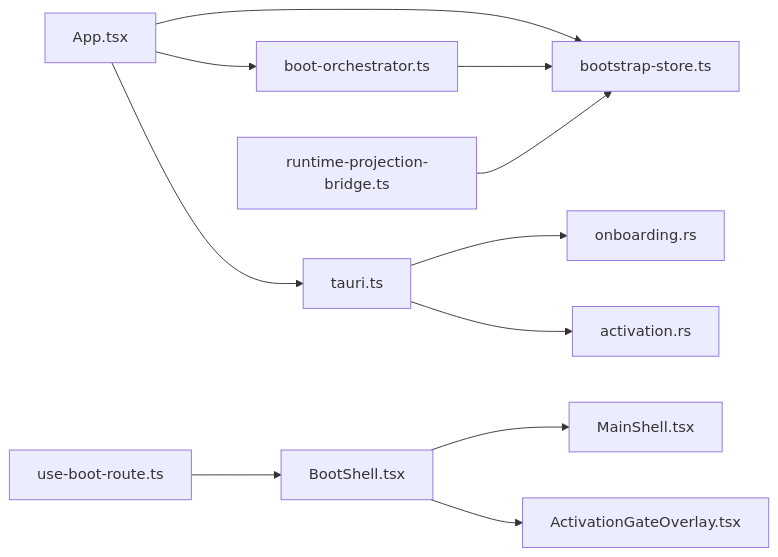
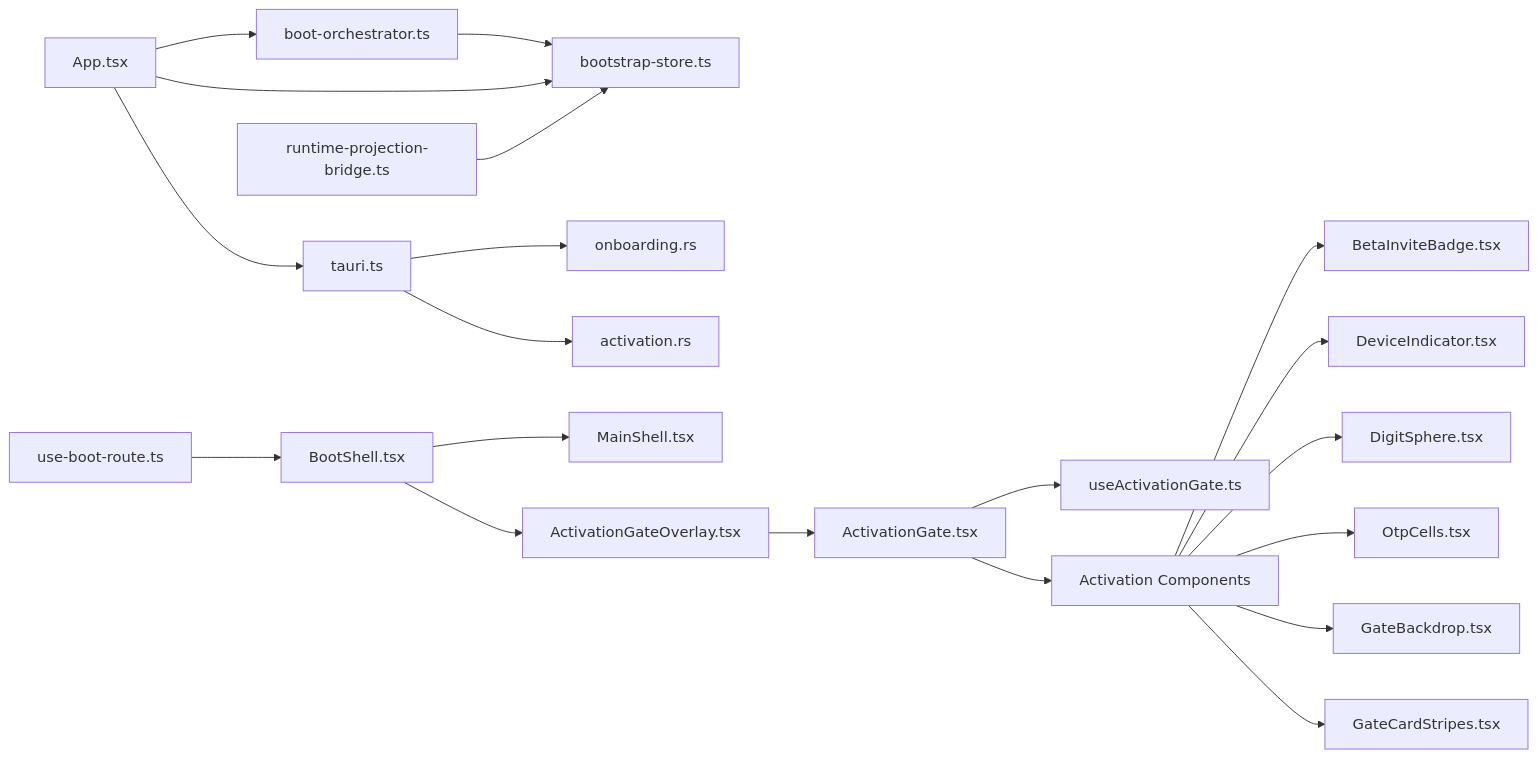
One commit to novolei/if2Ai changed the tenth of 10 diagrams in .qoder/repowiki/en/content/Frontend Application/React Component Architecture/Boot Process and Shell Management.md. Above: the diagram before and after it, drawn with Mermaid. The commit also changed other lines of this file and 32 other files, not shown here.

````diff
--- a/.qoder/repowiki/en/content/Frontend Application/React Component Architecture/Boot Process and Shell Management.md
+++ b/.qoder/repowiki/en/content/Frontend Application/React Component Architecture/Boot Process and Shell Management.md
@@ -544,13 +647,22 @@
 ```mermaid
 graph LR
 App["App.tsx"] --> Orchestrator["boot-orchestrator.ts"]
 App --> Store["bootstrap-store.ts"]
 Orchestrator --> Store
 Route["use-boot-route.ts"] --> Boot["BootShell.tsx"]
 Boot --> Main["MainShell.tsx"]
-Boot --> Gate["ActivationGateOverlay.tsx"]
+Boot --> GateOverlay["ActivationGateOverlay.tsx"]
+GateOverlay --> Gate["ActivationGate.tsx"]
+Gate --> StateMachine["useActivationGate.ts"]
+Gate --> Components["Activation Components"]
+Components --> BetaBadge["BetaInviteBadge.tsx"]
+Components --> DeviceInd["DeviceIndicator.tsx"]
+Components --> DigitSphere["DigitSphere.tsx"]
+Components --> OtpCells["OtpCells.tsx"]
+Components --> Backdrop["GateBackdrop.tsx"]
+Components --> CardStripes["GateCardStripes.tsx"]
 Bridge["runtime-projection-bridge.ts"] --> Store
 App --> IPC["tauri.ts"]
 IPC --> Onboard["onboarding.rs"]
 IPC --> Act["activation.rs"]
 ```
````
